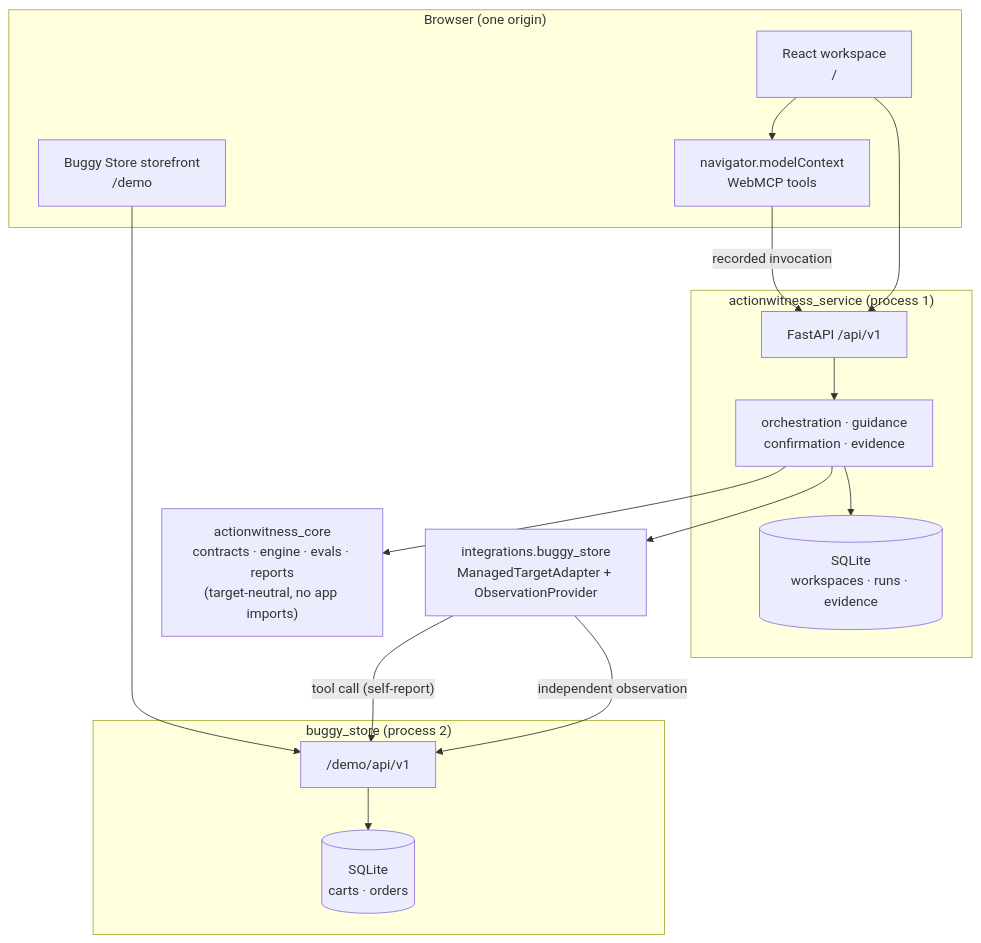
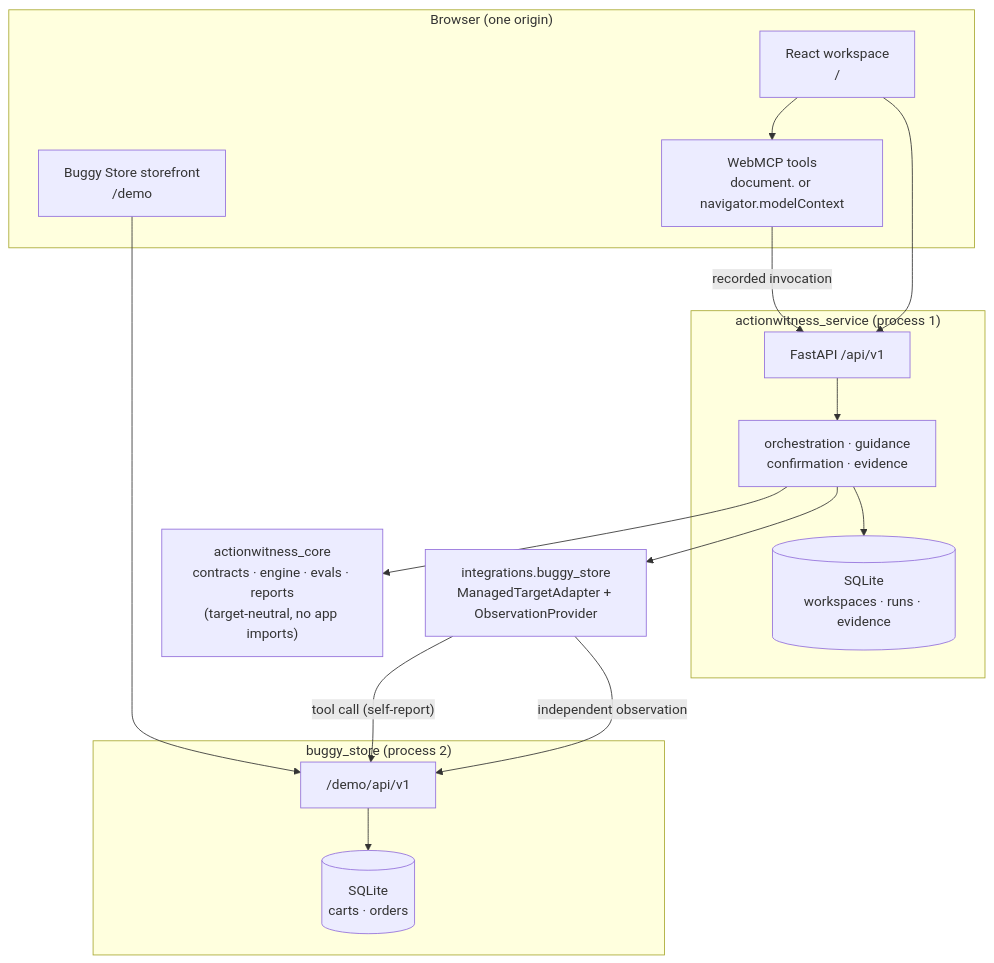
Before and after one commit to ichiorca/actionwitness: the diagram in README.md, drawn with Mermaid. The commit also changed other lines of this file, not shown here.

````diff
--- a/README.md
+++ b/README.md
@@ -142,34 +209,34 @@
 ```mermaid
 flowchart TB
     subgraph browser["Browser (one origin)"]
         UI["React workspace<br/>/"]
         SF["Buggy Store storefront<br/>/demo"]
-        MC["navigator.modelContext<br/>WebMCP tools"]
+        MC["WebMCP tools<br/>document. or navigator.modelContext"]
     end
 
     subgraph service["actionwitness_service (process 1)"]
         API["FastAPI /api/v1"]
         ENG["orchestration · guidance<br/>confirmation · evidence"]
         DB[("SQLite<br/>workspaces · runs · evidence")]
     end
 
     subgraph target["buggy_store (process 2)"]
         SAPI["/demo/api/v1"]
         SDB[("SQLite<br/>carts · orders")]
     end
 
     CORE["actionwitness_core<br/>contracts · engine · evals · reports<br/>(target-neutral, no app imports)"]
     ADPT["integrations.buggy_store<br/>ManagedTargetAdapter + ObservationProvider"]
 
     UI --> MC
     MC -->|recorded invocation| API
     UI --> API
     SF --> SAPI
     API --> ENG
     ENG --> CORE
     ENG --> ADPT
     ADPT -->|"tool call (self-report)"| SAPI
     ADPT -->|"independent observation"| SAPI
     ENG --> DB
     SAPI --> SDB
 ```
````
